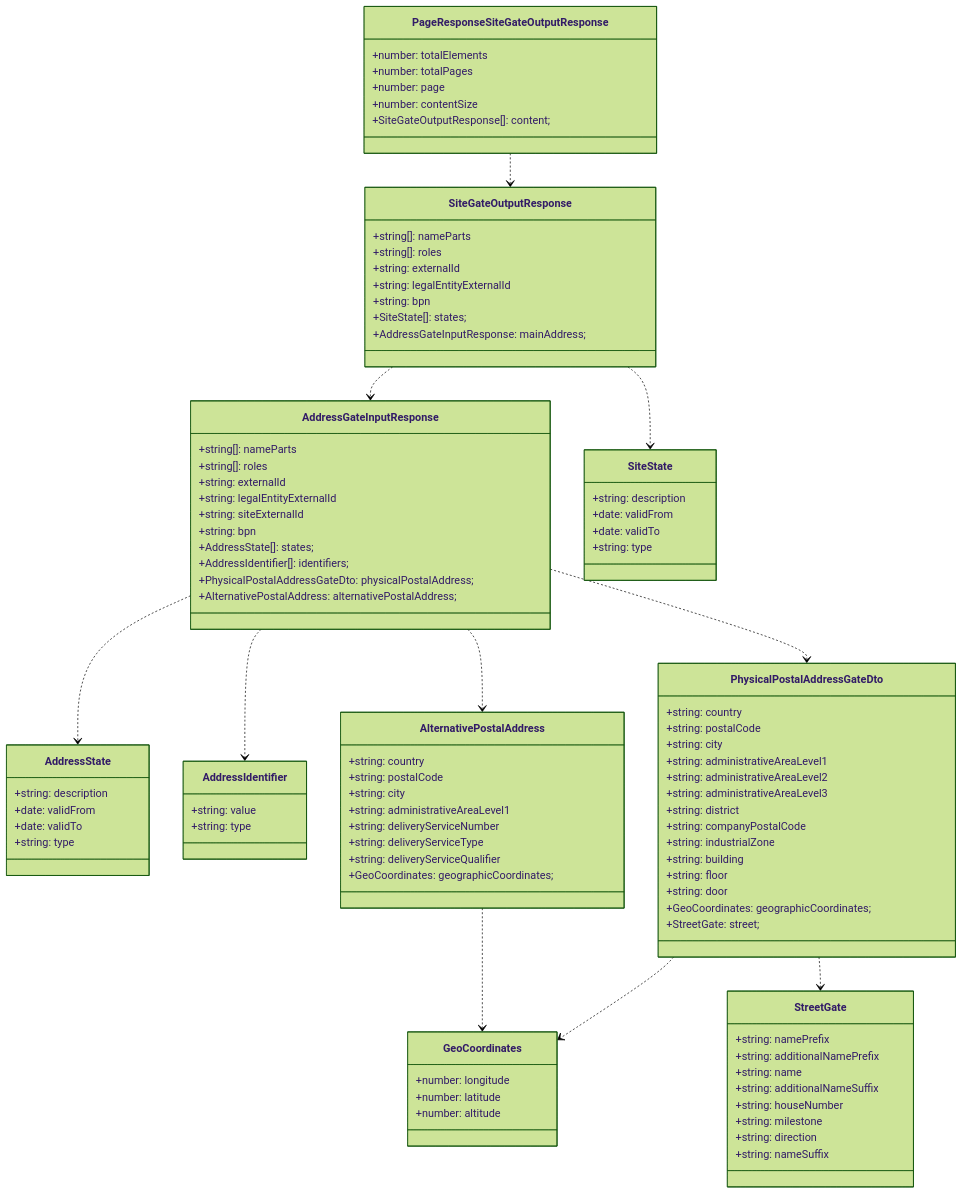
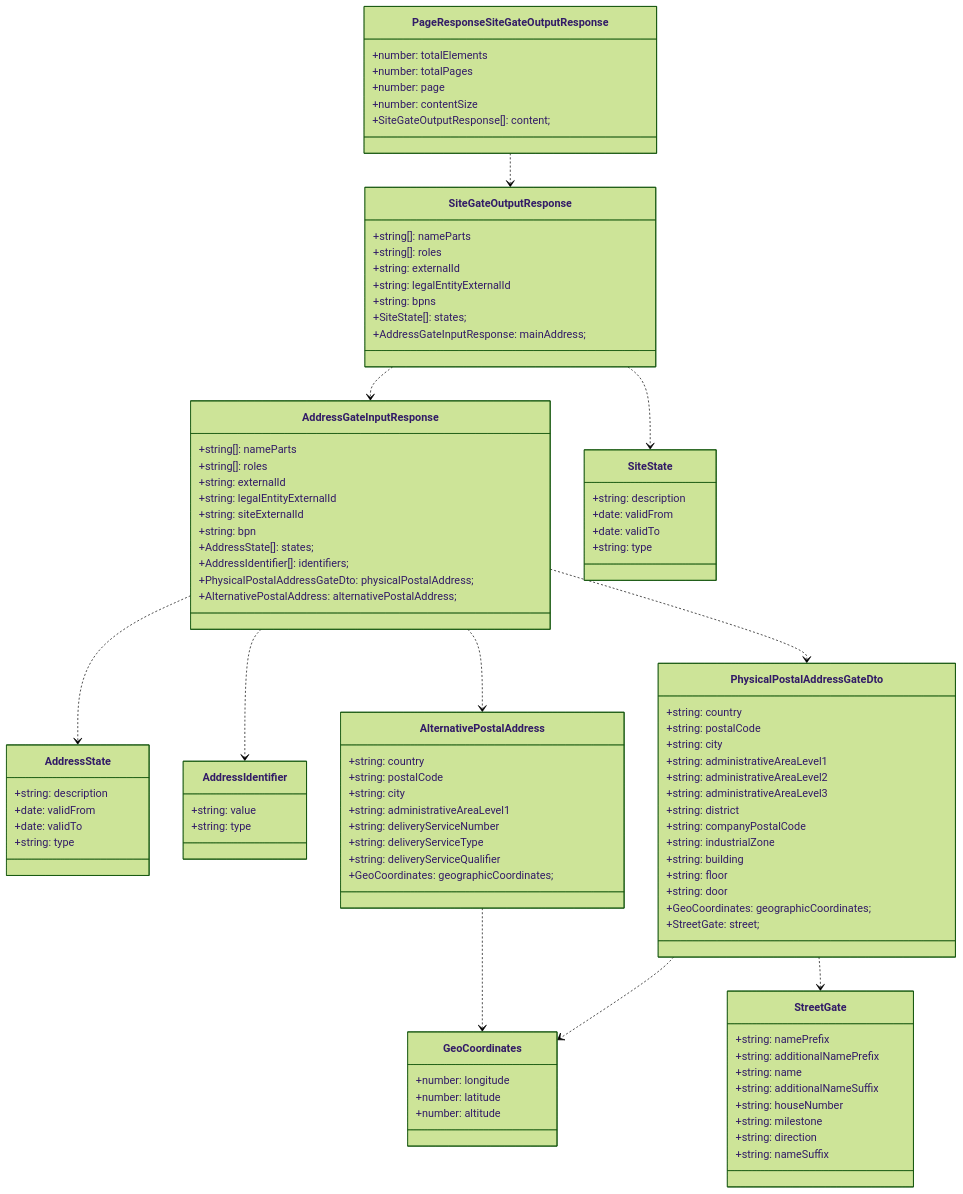
One commit to eclipse-tractusx/bpdm changed the diagram in docs/model/api/gate/site-controller/response/page-response-site-gate-output-response.md. Above: the diagram before and after it, drawn with Mermaid (forest theme). The commit also changed 14 other files, not shown here.

```diff
--- a/docs/model/api/gate/site-controller/response/page-response-site-gate-output-response.md
+++ b/docs/model/api/gate/site-controller/response/page-response-site-gate-output-response.md
@@ -46,7 +46,7 @@
 +string[]: roles
 +string: externalId
 +string: legalEntityExternalId
-+string: bpn
++string: bpns
 +SiteState[]: states;
 +AddressGateInputResponse: mainAddress;
 }
```
